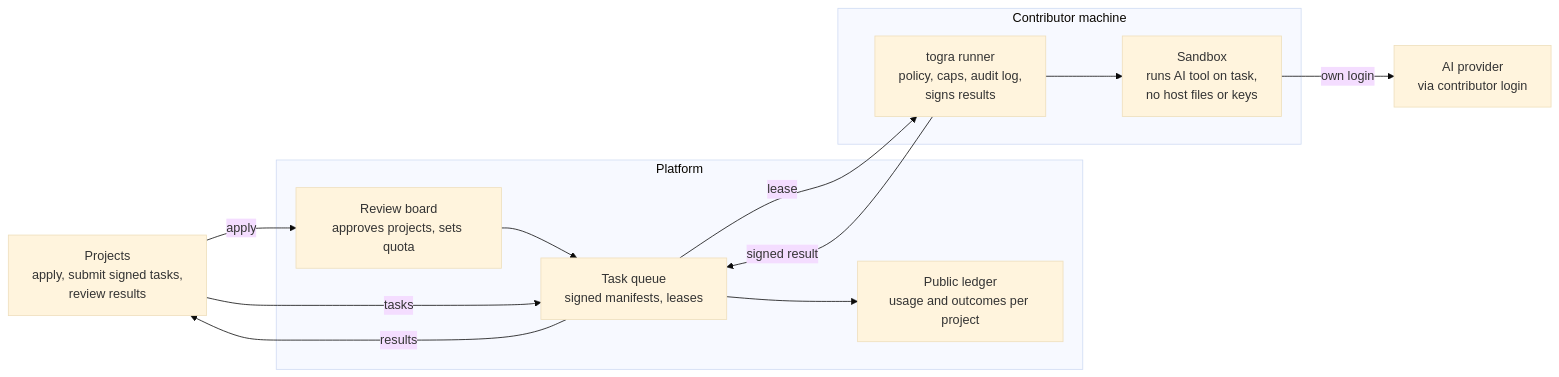
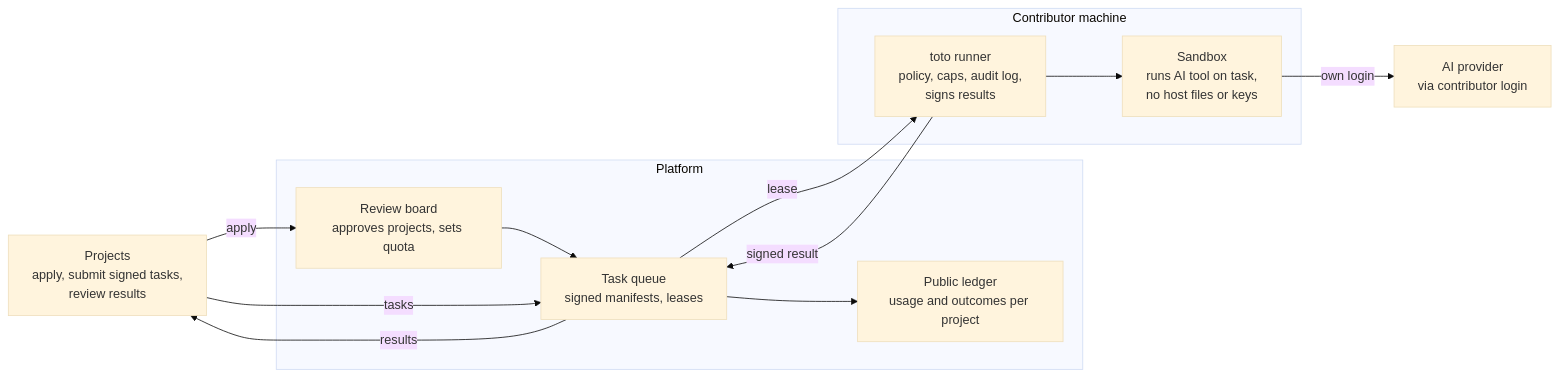
The diagram in docs/design.md (jvanbuel/toto), drawn with Mermaid (base theme) before and after one commit. The commit also changed other lines of this file and 28 other files, not shown here.

First line of the commit message:
Rename togra to toto

````diff
--- a/docs/design.md
+++ b/docs/design.md
@@ -26,26 +26,26 @@
 ```mermaid
 flowchart LR
     P[Projects<br/>apply, submit signed tasks,<br/>review results]
 
     subgraph Platform
         B[Review board<br/>approves projects, sets quota]
         Q[Task queue<br/>signed manifests, leases]
         L[Public ledger<br/>usage and outcomes per project]
         B --> Q --> L
     end
 
     subgraph Contributor machine
-        R[togra runner<br/>policy, caps, audit log,<br/>signs results]
+        R[toto runner<br/>policy, caps, audit log,<br/>signs results]
         S[Sandbox<br/>runs AI tool on task,<br/>no host files or keys]
         R --> S
     end
 
     A[AI provider<br/>via contributor login]
 
     P -- apply --> B
     P -- tasks --> Q
     Q -- results --> P
     Q -- lease --> R
     R -- signed result --> Q
     S -- own login --> A
 ```
````
